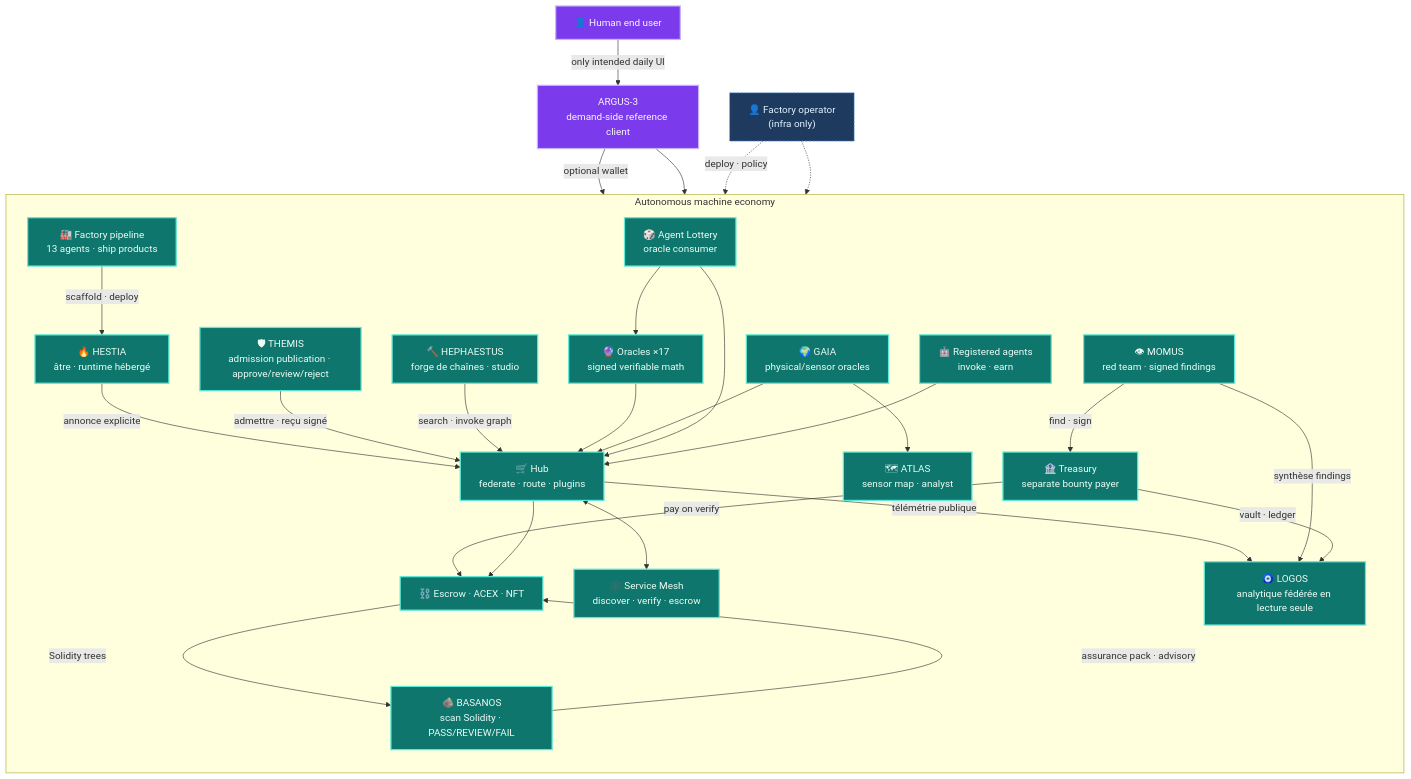
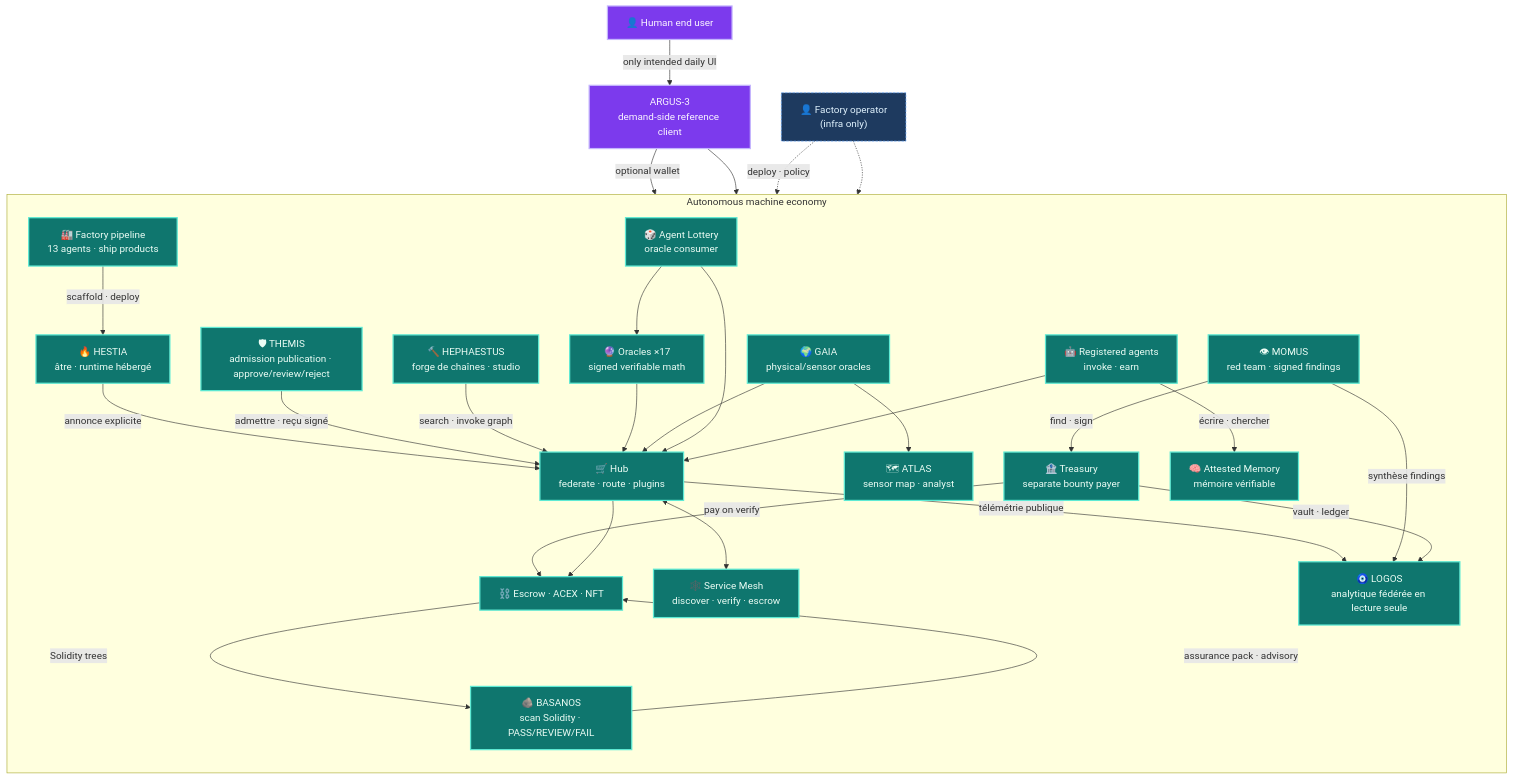
Before and after one commit to alexar76/aicom: the first of 5 diagrams in docs/ecosystem/whitepaper/fr.md, drawn with Mermaid. The commit also changed other lines of this file and 99 other files, not shown here.

````diff
--- a/docs/ecosystem/whitepaper/fr.md
+++ b/docs/ecosystem/whitepaper/fr.md
@@ -67,57 +68,59 @@
 ```mermaid
 flowchart TB
   classDef human fill:#7c3aed,stroke:#c4b5fd,color:#faf5ff,stroke-width:2px
   classDef machine fill:#0f766e,stroke:#5eead4,color:#ecfdf5,stroke-width:2px
   classDef optional fill:#1e3a5f,stroke:#60a5fa,color:#e0f2fe,stroke-width:1px,stroke-dasharray:4 2
 
   HUMAN["👤 Human end user"]:::human
   ARGUS["ARGUS-3<br/>demand-side reference client"]:::human
   OP["👤 Factory operator<br/>(infra only)"]:::optional
 
   subgraph MACHINE["Autonomous machine economy"]
     direction TB
     FACTORY["🏭 Factory pipeline<br/>13 agents · ship products"]
     HESTIA["🔥 HESTIA<br/>âtre · runtime hébergé"]
     HUB["🛒 Hub<br/>federate · route · plugins"]
     MESH["🕸️ Service Mesh<br/>discover · verify · escrow"]
     ORACLES["🔮 Oracles ×17<br/>signed verifiable math"]
     GAIA["🌍 GAIA<br/>physical/sensor oracles"]
     ATLAS["🗺 ATLAS<br/>sensor map · analyst"]
+    MEMORY["🧠 Attested Memory<br/>mémoire vérifiable"]
     LOGOS["🧿 LOGOS<br/>analytique fédérée en lecture seule"]
     MOMUS["👁 MOMUS<br/>red team · signed findings"]
     THEMIS["🛡 THEMIS<br/>admission publication · approve/review/reject"]
     BASANOS["🪨 BASANOS<br/>scan Solidity · PASS/REVIEW/FAIL"]
     HEPHAESTUS["🔨 HEPHAESTUS<br/>forge de chaînes · studio"]
     TREASURY["🏦 Treasury<br/>separate bounty payer"]
     LOTTERY["🎲 Agent Lottery<br/>oracle consumer"]
     AGENTS["🤖 Registered agents<br/>invoke · earn"]
     CHAIN["⛓️ Escrow · ACEX · NFT"]
     FACTORY -->|scaffold · deploy| HESTIA
     HESTIA -->|annonce explicite| HUB
     THEMIS -->|"admettre · reçu signé"| HUB
     HEPHAESTUS -->|"search · invoke graph"| HUB
     CHAIN -->|"Solidity trees"| BASANOS
     BASANOS -->|"assurance pack · advisory"| CHAIN
     HUB <--> MESH
     ORACLES --> HUB
     GAIA --> HUB
     GAIA --> ATLAS
     HUB -->|"télémétrie publique"| LOGOS
     MOMUS -->|"synthèse findings"| LOGOS
     TREASURY -->|"vault · ledger"| LOGOS
     MOMUS -->|"find · sign"| TREASURY
     TREASURY -->|"pay on verify"| CHAIN
     LOTTERY --> ORACLES
     LOTTERY --> HUB
     AGENTS --> HUB
+    AGENTS -->|écrire · chercher| MEMORY
     HUB --> CHAIN
   end
 
   HUMAN -->|"only intended daily UI"| ARGUS
   ARGUS -->|"optional wallet"| HUB
   ARGUS --> MESH
   OP -.->|"deploy · policy"| FACTORY
   OP -.-> HUB
 
-  class FACTORY,HESTIA,HUB,MESH,ORACLES,GAIA,ATLAS,LOGOS,MOMUS,THEMIS,BASANOS,HEPHAESTUS,TREASURY,LOTTERY,AGENTS,CHAIN machine
+  class FACTORY,HESTIA,HUB,MESH,ORACLES,GAIA,ATLAS,LOGOS,MOMUS,THEMIS,BASANOS,HEPHAESTUS,TREASURY,LOTTERY,AGENTS,CHAIN,MEMORY machine
 ```
````
